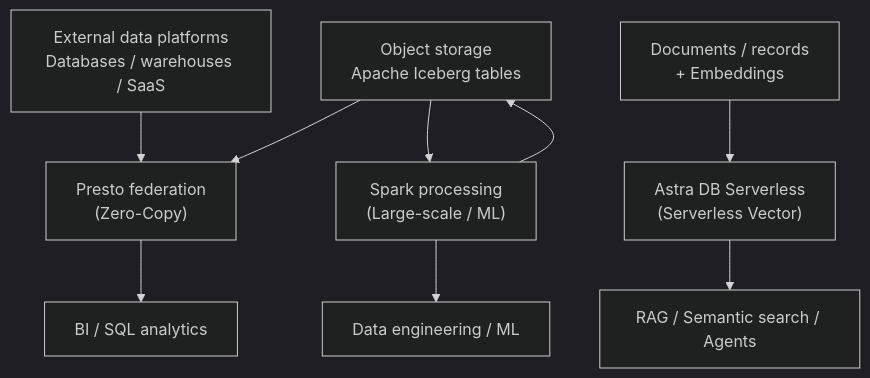
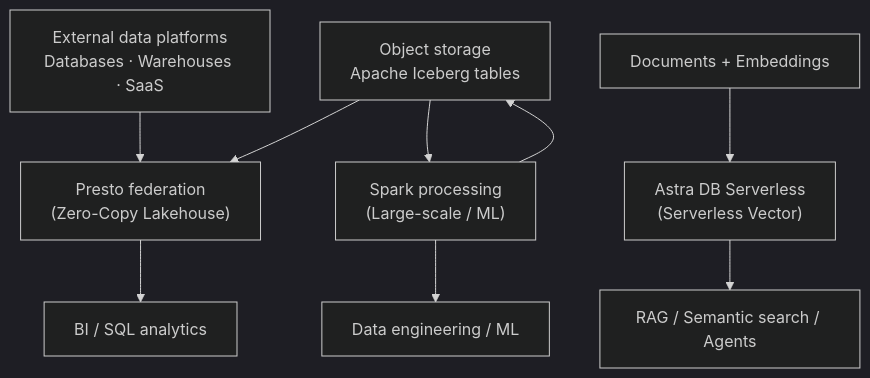
One commit to ibm-self-serve-assets/building-blocks2.0 changed the diagram in docs-src/data-core/query-engines/index.md. Above: the diagram before and after it, drawn with Mermaid (dark theme). The commit also changed other lines of this file and 14 other files, not shown here.

````diff
--- a/docs-src/data-core/query-engines/index.md
+++ b/docs-src/data-core/query-engines/index.md
@@ -40,11 +44,11 @@
 ```mermaid
 flowchart TB
-    EXT["External data platforms<br/>Databases / warehouses / SaaS"] --> PRE["Presto federation<br/>(Zero-Copy)"]
+    EXT["External data platforms<br/>Databases · Warehouses · SaaS"] --> PRE["Presto federation<br/>(Zero-Copy Lakehouse)"]
     OBJ["Object storage<br/>Apache Iceberg tables"] --> PRE
     OBJ --> SPK["Spark processing<br/>(Large-scale / ML)"]
     SPK --> OBJ
     PRE --> BI["BI / SQL analytics"]
     SPK --> ML["Data engineering / ML"]
-    EMB["Documents / records<br/>+ Embeddings"] --> VEC["Astra DB Serverless<br/>(Serverless Vector)"]
+    EMB["Documents + Embeddings"] --> VEC["Astra DB Serverless<br/>(Serverless Vector)"]
     VEC --> RAG["RAG / Semantic search / Agents"]
 ```
````
